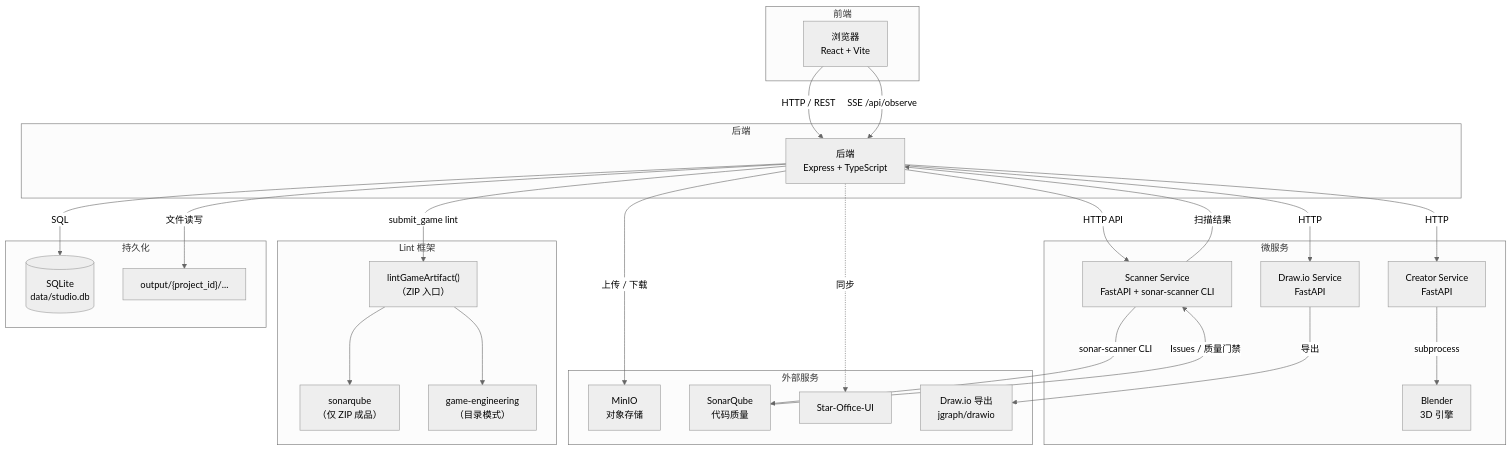
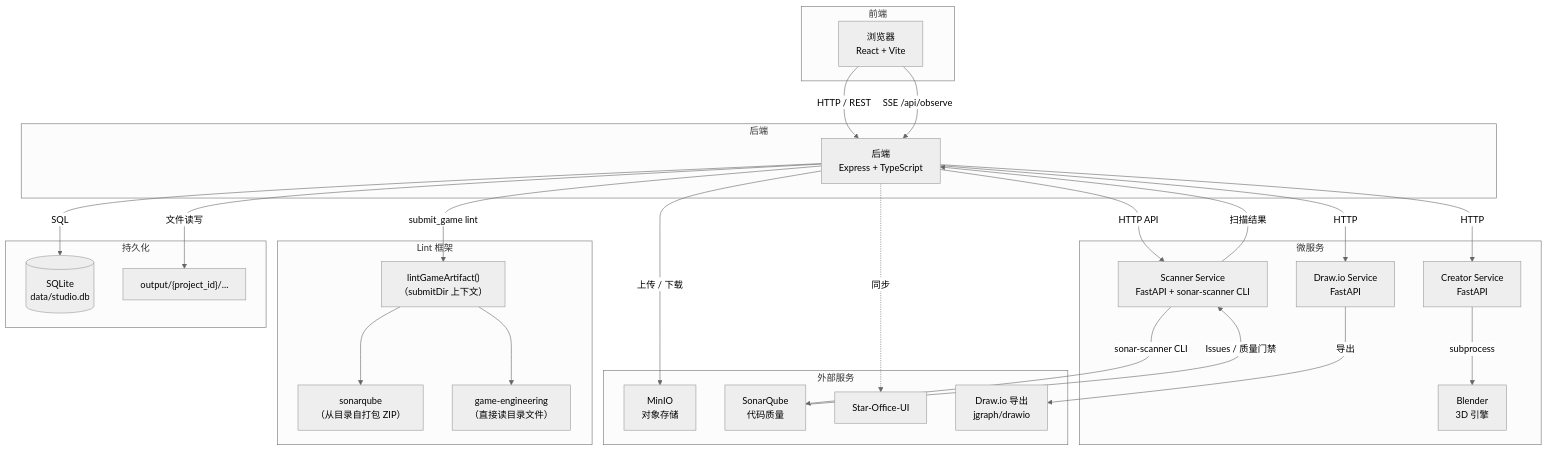
One commit to luoxiaojun1992/game-studio changed the diagram in docs/ARCHITECTURE.zh-CN.md. Above: the diagram before and after it, drawn with Mermaid (neutral theme). The commit also changed 1 other file, not shown here.

Commit message:
docs: update mermaid diagram labels for submitDir mode
- LintRunner: 'ZIP entry' → 'submitDir context'
- SonarQube: 'ZIP only' → 'self-packs ZIP from dir'
- GameEngineering: adjusted for consistency

````diff
--- a/docs/ARCHITECTURE.zh-CN.md
+++ b/docs/ARCHITECTURE.zh-CN.md
@@ -18,56 +18,56 @@
 ```mermaid
 graph TB
     subgraph "前端"
         Browser["浏览器<br/>React + Vite"]
     end
 
     subgraph "后端"
         BE["后端<br/>Express + TypeScript"]
     end
 
     subgraph "Lint 框架"
-        LintRunner["lintGameArtifact()<br/>（ZIP 入口）"]
-        SonarChecker["sonarqube<br/>（仅 ZIP 成品）"]
-        GameEngChecker["game-engineering<br/>（目录模式）"]
+        LintRunner["lintGameArtifact()<br/>（submitDir 上下文）"]
+        SonarChecker["sonarqube<br/>（从目录自打包 ZIP）"]
+        GameEngChecker["game-engineering<br/>（直接读目录文件）"]
     end
 
     subgraph "外部服务"
         MinIO["MinIO<br/>对象存储"]
         Sonar["SonarQube<br/>代码质量"]
         StarOffice["Star-Office-UI"]
         DrawioExport["Draw.io 导出<br/>jgraph/drawio"]
     end
 
     subgraph "微服务"
         Creator["Creator Service<br/>FastAPI"]
         Blender["Blender<br/>3D 引擎"]
         Drawio["Draw.io Service<br/>FastAPI"]
         Scanner["Scanner Service<br/>FastAPI + sonar-scanner CLI"]
     end
 
     subgraph "持久化"
         SQLite[("SQLite<br/>data/studio.db")]
         Output["output/{project_id}/..."]
     end
 
     Browser -->|HTTP / REST| BE
     Browser -->|SSE /api/observe| BE
 
     BE -->|HTTP| Creator
     BE -->|HTTP| Drawio
     BE -->|上传 / 下载| MinIO
     BE -->|SQL| SQLite
     BE -->|文件读写| Output
     BE -->|submit_game lint| LintRunner
     BE -->|HTTP API| Scanner
     BE -.->|同步| StarOffice
     Creator -->|subprocess| Blender
     Drawio -->|导出| DrawioExport
 
     LintRunner --> SonarChecker
     LintRunner --> GameEngChecker
 
     Scanner -->|sonar-scanner CLI| Sonar
     Sonar -->|Issues / 质量门禁| Scanner
     Scanner -->|扫描结果| BE
 ```
````
